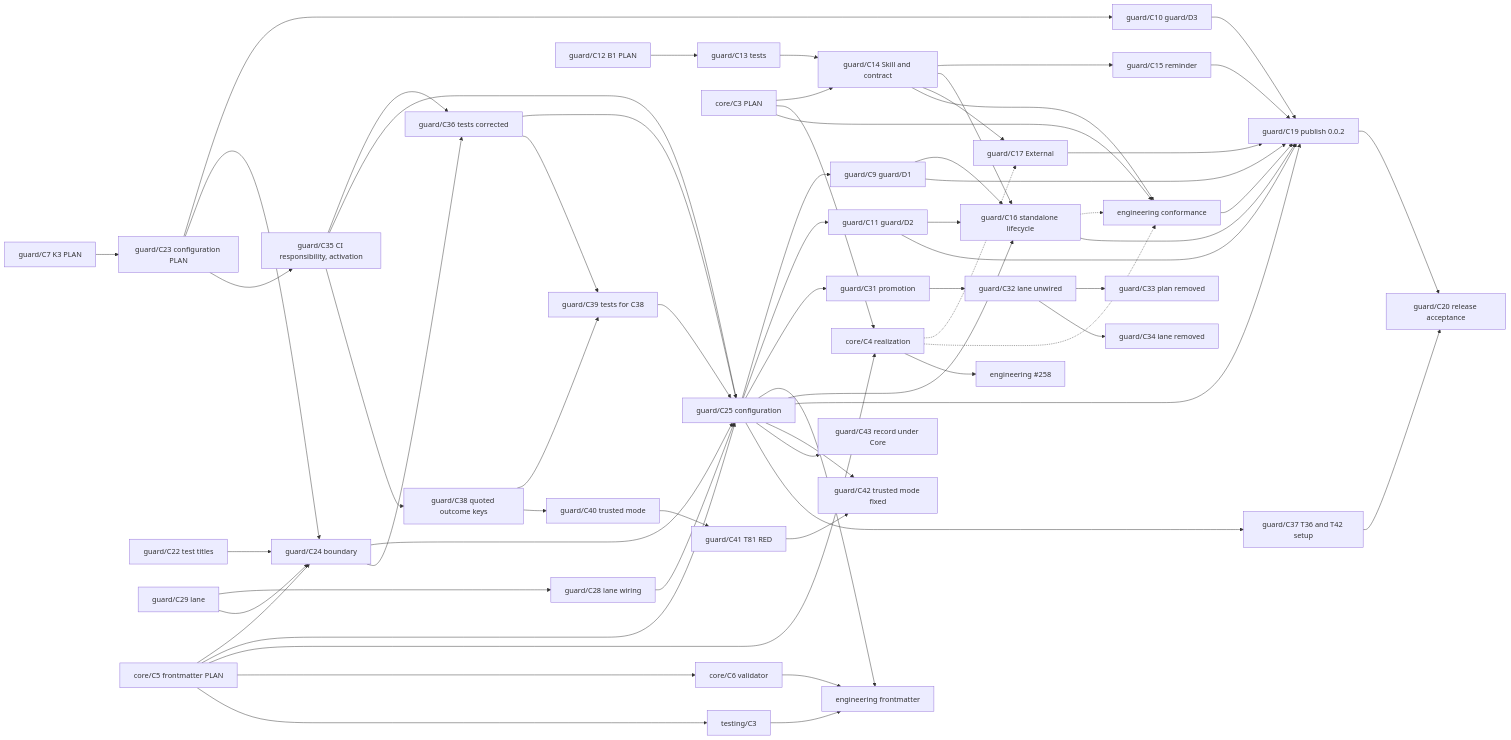
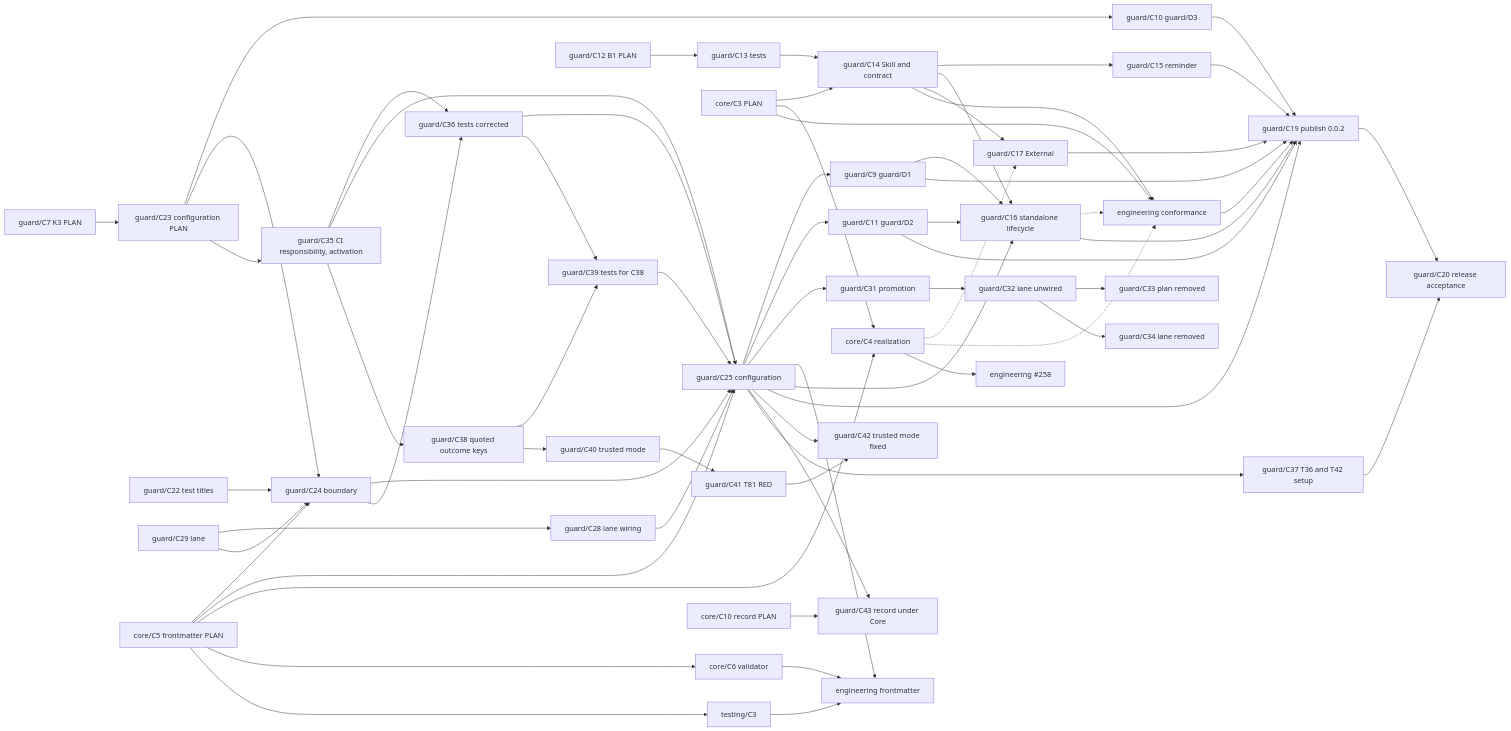
Before and after one commit to Kai-Hacks-AI/KAAL: the diagram in engineering/guard/change.md, drawn with Mermaid.

Commit message:
guard/C43: core/C10 → guard/C43 in the Change graph

````diff
--- a/engineering/guard/change.md
+++ b/engineering/guard/change.md
@@ -238,66 +238,67 @@
 ```mermaid
 graph LR
   C7[guard/C7 K3 PLAN] --> C23[guard/C23 configuration PLAN]
   C25 --> C9[guard/C9 guard/D1]
   C23 --> C10[guard/C10 guard/D3]
   C25 --> C11[guard/C11 guard/D2]
   C22[guard/C22 test titles] --> C24[guard/C24 boundary]
   C23 --> C24
   C29[guard/C29 lane] --> C28[guard/C28 lane wiring]
   C29 --> C24
   C28 --> C25
   C24 --> C25[guard/C25 configuration]
   C23 --> C35[guard/C35 CI responsibility, activation]
   C35 --> C36[guard/C36 tests corrected]
   C24 --> C36
   C35 --> C25
   C36 --> C25
   C25 --> C31[guard/C31 promotion]
   C31 --> C32[guard/C32 lane unwired]
   C32 --> C33[guard/C33 plan removed]
   C32 --> C34[guard/C34 lane removed]
   FM5 --> C24
   FM5 --> C25
   C25 --> FE
   C12[guard/C12 B1 PLAN] --> C13[guard/C13 tests]
   C13 --> C14[guard/C14 Skill and contract]
   CP[core/C3 PLAN] --> C14
   C14 --> C15[guard/C15 reminder]
   C14 --> C16[guard/C16 standalone lifecycle]
   C25 --> C16
   C9 --> C16
   C11 --> C16
   C14 --> C17[guard/C17 External]
   CP --> CR[core/C4 realization]
   FM5[core/C5 frontmatter PLAN] --> CR
   FM5 --> FM6[core/C6 validator]
   FM5 --> TT[testing/C3]
   FM6 --> FE[engineering frontmatter]
   TT --> FE
   CR -.-> C17
   C14 --> EC[engineering conformance]
   CP --> EC
   C16 -.-> EC
   CR -.-> EC
   CR --> EA[engineering #258]
   C9 --> C19[guard/C19 publish 0.0.2]
   C10 --> C19
   C11 --> C19
   C15 --> C19
   C16 --> C19
   C25 --> C19
   C17 --> C19
   EC --> C19
   C35 --> C38[guard/C38 quoted outcome keys]
   C38 --> C39[guard/C39 tests for C38]
   C36 --> C39
   C39 --> C25
   C38 --> C40[guard/C40 trusted mode]
   C40 --> C41[guard/C41 T81 RED]
   C41 --> C42[guard/C42 trusted mode fixed]
   C25 --> C42
   C25 --> C43[guard/C43 record under Core]
+  CRC[core/C10 record PLAN] --> C43
   C25 --> C37[guard/C37 T36 and T42 setup]
   C37 --> C20[guard/C20 release acceptance]
   C19 --> C20
 ```
````
